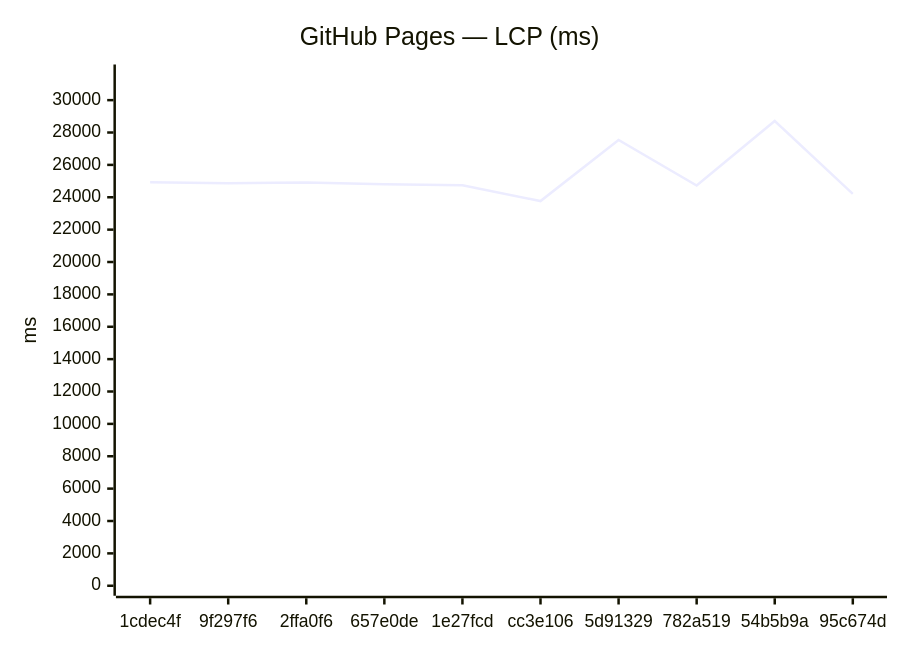
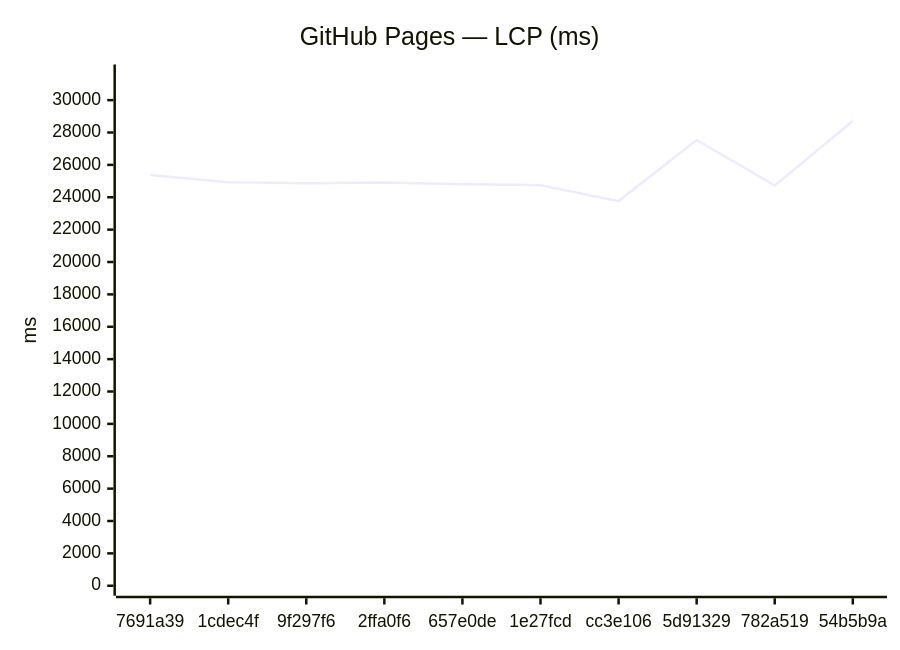
Before and after one commit to Metaheurist/Rianell: the third of 18 diagrams in benchmarks/compare.md, drawn with Mermaid. The commit also changed other lines of this file and 11 other files, not shown here.

````diff
--- a/benchmarks/compare.md
+++ b/benchmarks/compare.md
@@ -54,7 +54,7 @@
 ```mermaid
 xychart-beta
     title "GitHub Pages — LCP (ms)"
-    x-axis ["1cdec4f", "9f297f6", "2ffa0f6", "657e0de", "1e27fcd", "cc3e106", "5d91329", "782a519", "54b5b9a", "95c674d"]
+    x-axis ["7691a39", "1cdec4f", "9f297f6", "2ffa0f6", "657e0de", "1e27fcd", "cc3e106", "5d91329", "782a519", "54b5b9a"]
     y-axis "ms" 0 --> 31584
-    line [24933, 24873, 24910, 24797, 24744, 23765, 27536, 24725, 28712, 24213]
+    line [25370, 24933, 24873, 24910, 24797, 24744, 23765, 27536, 24725, 28712]
 ```
````
